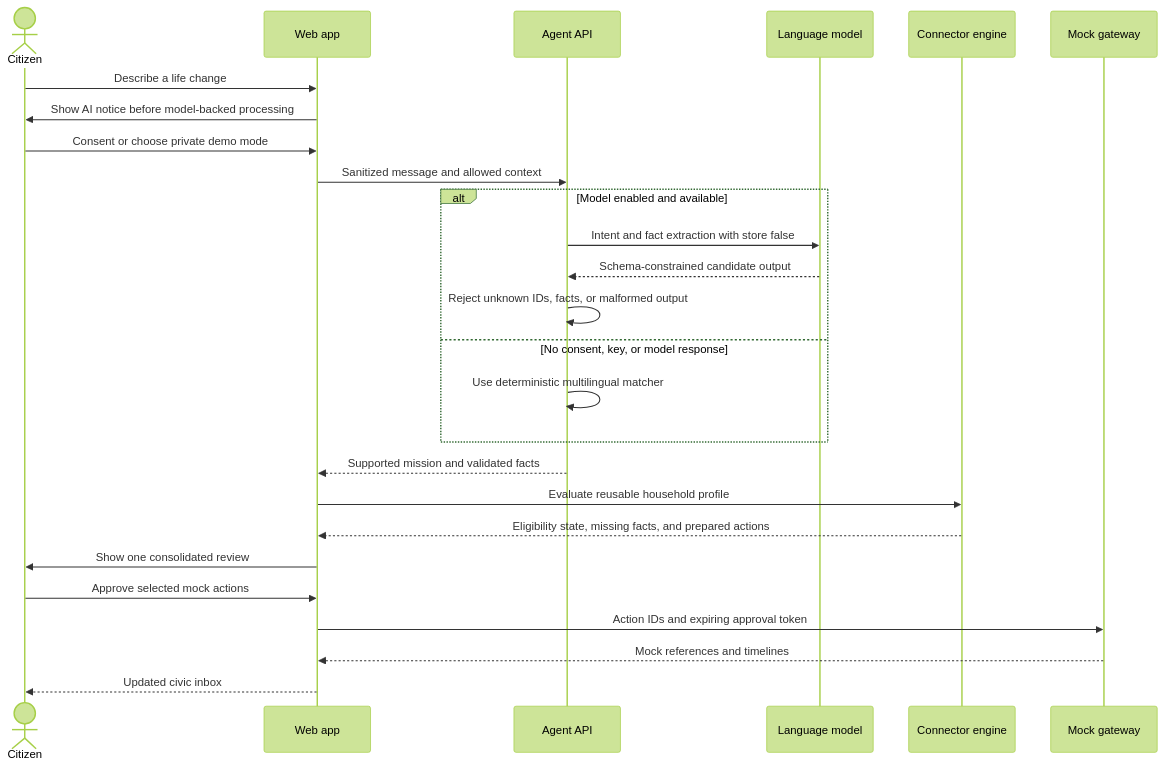
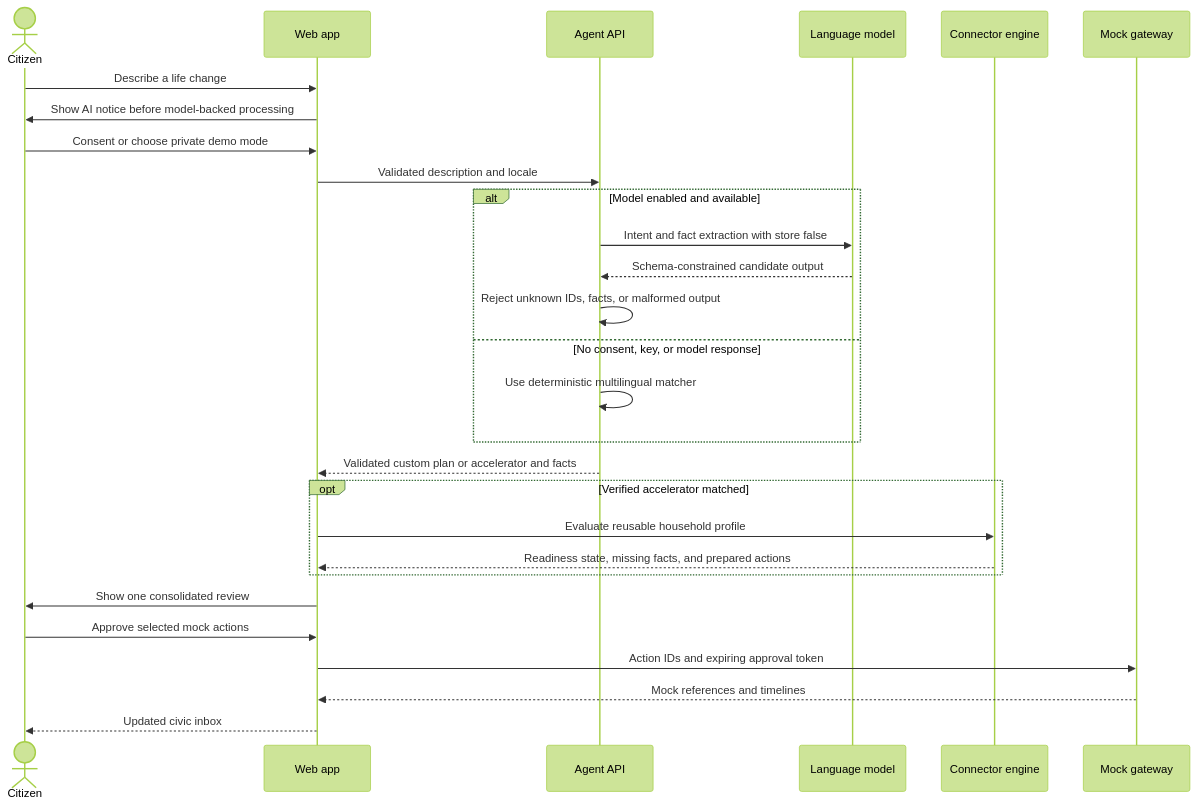
One commit to palani1492/rightnow-india changed the second of 3 diagrams in docs/architecture.md. Above: the diagram before and after it, drawn with Mermaid (forest theme). The commit also changed other lines of this file and 31 other files, not shown here.

````diff
--- a/docs/architecture.md
+++ b/docs/architecture.md
@@ -51,29 +50,31 @@
 ```mermaid
 sequenceDiagram
     actor C as Citizen
     participant W as Web app
     participant A as Agent API
     participant M as Language model
     participant E as Connector engine
     participant G as Mock gateway
 
     C->>W: Describe a life change
     W->>C: Show AI notice before model-backed processing
     C->>W: Consent or choose private demo mode
-    W->>A: Sanitized message and allowed context
+    W->>A: Validated description and locale
     alt Model enabled and available
         A->>M: Intent and fact extraction with store false
         M-->>A: Schema-constrained candidate output
         A->>A: Reject unknown IDs, facts, or malformed output
     else No consent, key, or model response
         A->>A: Use deterministic multilingual matcher
     end
-    A-->>W: Supported mission and validated facts
-    W->>E: Evaluate reusable household profile
-    E-->>W: Eligibility state, missing facts, and prepared actions
+    A-->>W: Validated custom plan or accelerator and facts
+    opt Verified accelerator matched
+        W->>E: Evaluate reusable household profile
+        E-->>W: Readiness state, missing facts, and prepared actions
+    end
     W->>C: Show one consolidated review
     C->>W: Approve selected mock actions
     W->>G: Action IDs and expiring approval token
     G-->>W: Mock references and timelines
     W-->>C: Updated civic inbox
 ```
````
